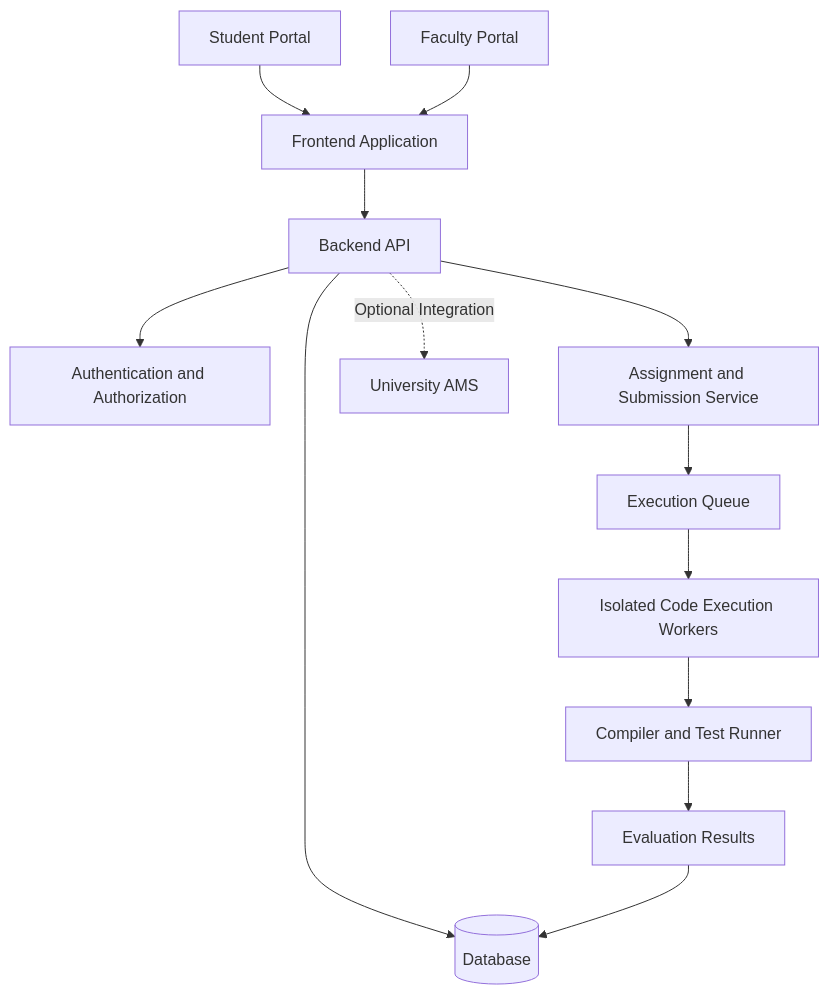
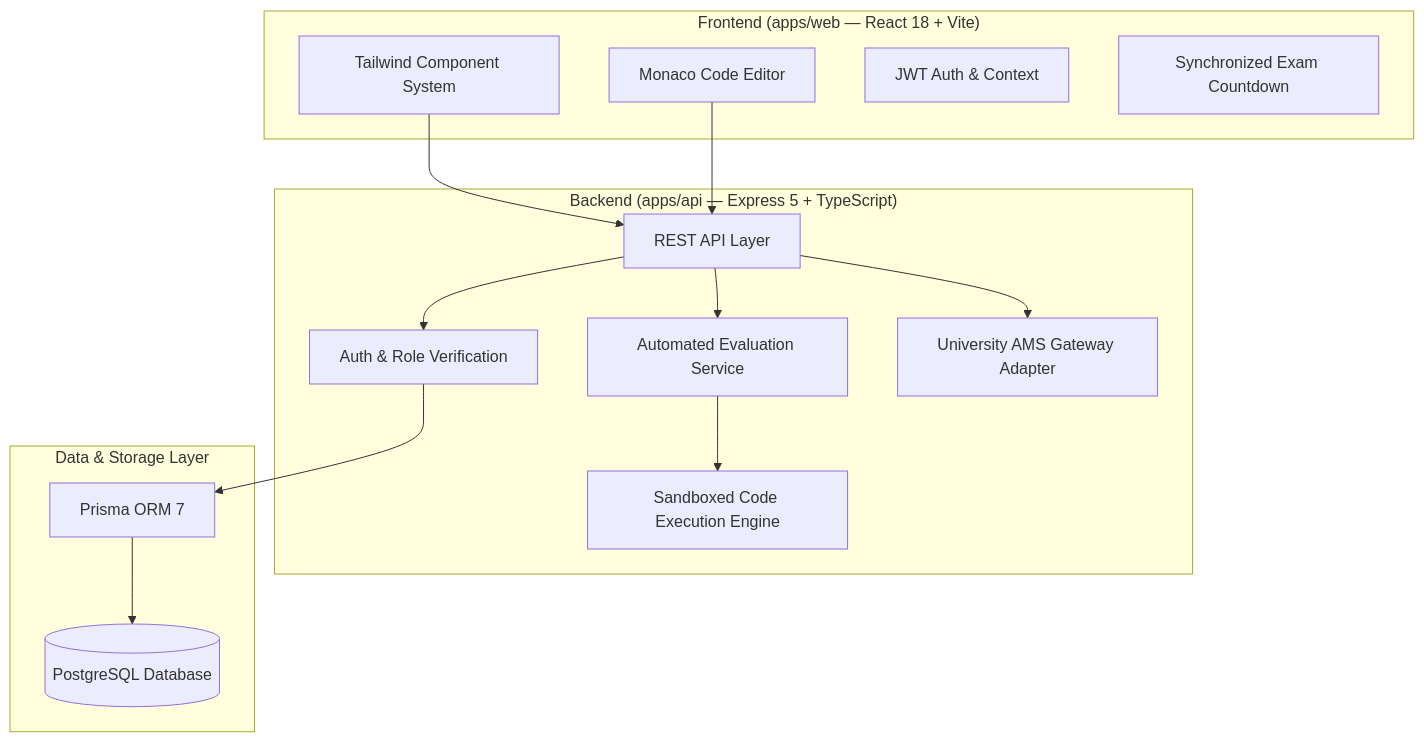
One commit to kapilkaithwas05/BHUMIKASH changed the diagram in README.md. Above: the diagram before and after it, drawn with Mermaid. The commit also changed other lines of this file and 49 other files, not shown here.

````diff
--- a/README.md
+++ b/README.md
@@ -169,18 +45,31 @@
 ```mermaid
 flowchart TD
-    A[Student Portal] --> D[Frontend Application]
-    B[Faculty Portal] --> D
+    subgraph Frontend ["Frontend (apps/web — React 18 + Vite)"]
+        UI[Tailwind Component System]
+        Monaco[Monaco Code Editor]
+        AuthCtx[JWT Auth & Context]
+        Timer[Synchronized Exam Countdown]
+    end
 
-    D --> E[Backend API]
-    E --> F[Authentication and Authorization]
-    E --> G[Assignment and Submission Service]
-    E --> H[(Database)]
+    subgraph Backend ["Backend (apps/api — Express 5 + TypeScript)"]
+        Router[REST API Layer]
+        AuthMid[Auth & Role Verification]
+        EvalSvc[Automated Evaluation Service]
+        ExecSvc[Sandboxed Code Execution Engine]
+        AMS[University AMS Gateway Adapter]
+    end
 
-    G --> I[Execution Queue]
-    I --> J[Isolated Code Execution Workers]
-    J --> K[Compiler and Test Runner]
-    K --> L[Evaluation Results]
-    L --> H
+    subgraph Database ["Data & Storage Layer"]
+        Prisma[Prisma ORM 7]
+        Postgres[(PostgreSQL Database)]
+    end
 
-    E -. Optional Integration .-> M[University AMS]
+    UI --> Router
+    Monaco --> Router
+    Router --> AuthMid
+    AuthMid --> Prisma
+    Router --> EvalSvc
+    EvalSvc --> ExecSvc
+    Prisma --> Postgres
+    Router --> AMS
 ```
````
